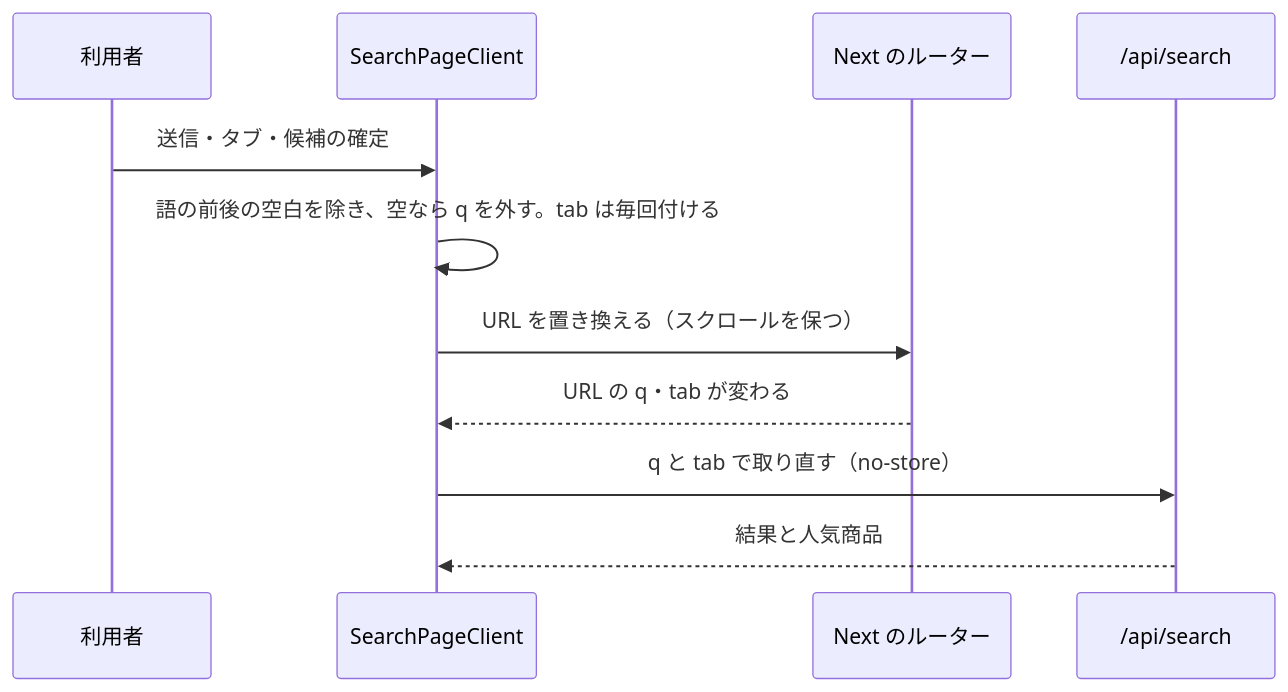
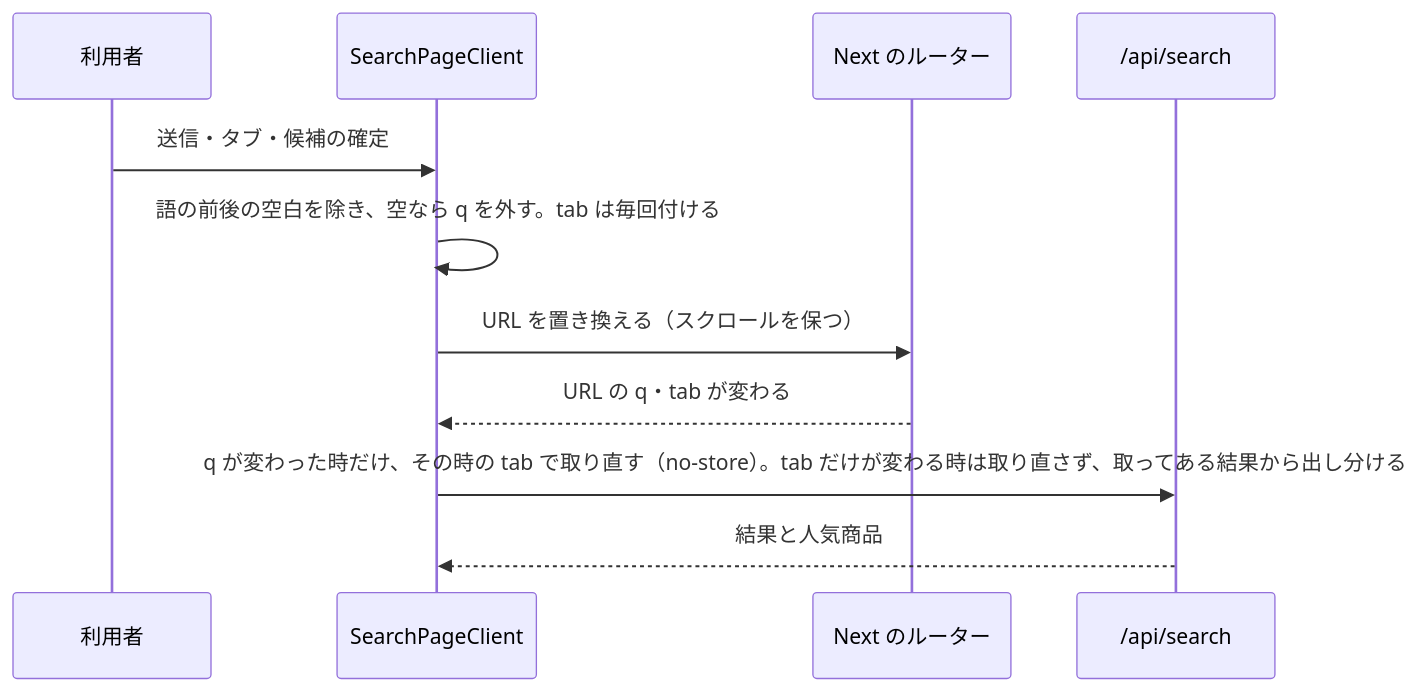
One commit to ChocoWork/o_official changed the fourth of 6 diagrams in docs/03_BasicDesign/areas/search.md. Above: the diagram before and after it, drawn with Mermaid. The commit also changed other lines of this file and 207 other files, not shown here.

````diff
--- a/docs/03_BasicDesign/areas/search.md
+++ b/docs/03_BasicDesign/areas/search.md
@@ -294,13 +294,13 @@
 ```mermaid
 sequenceDiagram
   participant U as 利用者
   participant C as SearchPageClient
   participant R as Next のルーター
   participant A as /api/search
   U->>C: 送信・タブ・候補の確定
   C->>C: 語の前後の空白を除き、空なら q を外す。tab は毎回付ける
   C->>R: URL を置き換える（スクロールを保つ）
   R-->>C: URL の q・tab が変わる
-  C->>A: q と tab で取り直す（no-store）
+  C->>A: q が変わった時だけ、その時の tab で取り直す（no-store）。tab だけが変わる時は取り直さず、取ってある結果から出し分ける
   A-->>C: 結果と人気商品
 ```
````
